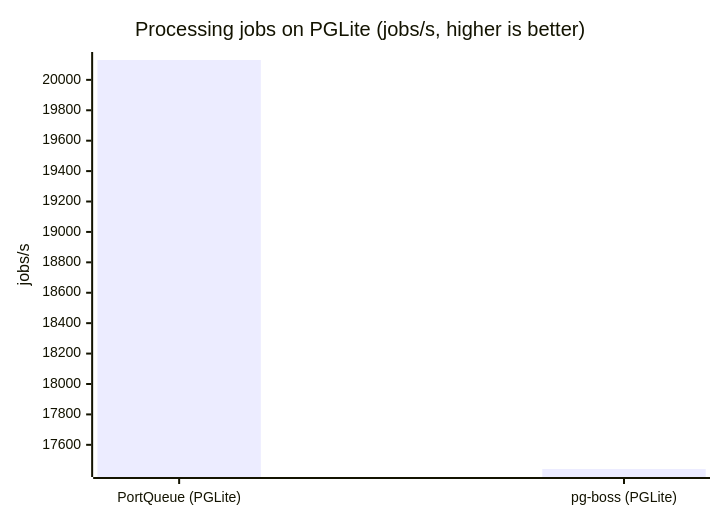
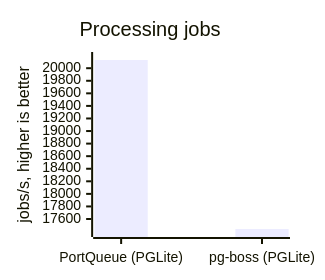
Before and after one commit to episclera/portqueue: the first of 3 diagrams in README.md, drawn with Mermaid. The commit also changed other lines of this file and 2 other files, not shown here.

Commit message:
docs(readme): one row of small benchmark charts, homepage feature list, contributing before license

````diff
--- a/README.md
+++ b/README.md
@@ -66,7 +64,8 @@
 ```mermaid
+%%{init: {"xyChart": {"width": 280, "height": 260}}}%%
 xychart-beta
-    title "Processing jobs on PGLite (jobs/s, higher is better)"
+    title "Processing jobs"
     x-axis ["PortQueue (PGLite)", "pg-boss (PGLite)"]
-    y-axis "jobs/s"
+    y-axis "jobs/s, higher is better"
     bar [20130.6, 17441]
 ```
````
